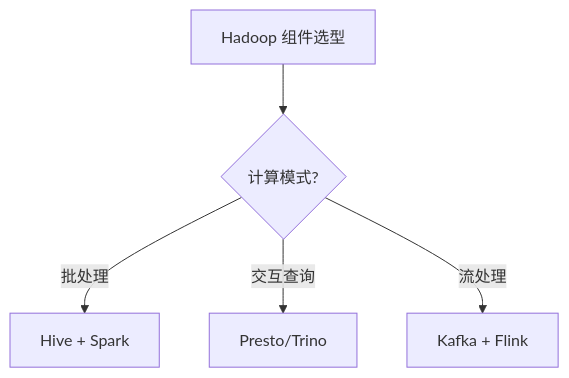
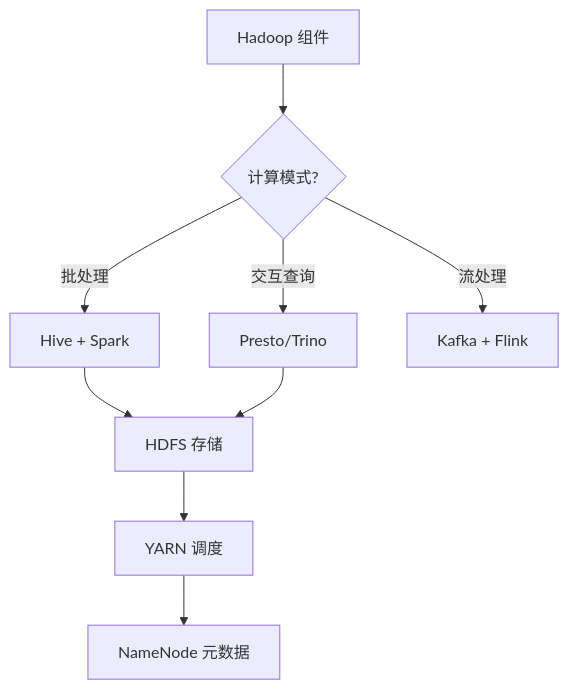
Before and after one commit to wb04307201/wb04307201: the first of 3 diagrams in note/10.big-data/02-hadoop-ecosystem/README.md, drawn with Mermaid. The commit also changed other lines of this file and 10 other files, not shown here.

````diff
--- a/note/10.big-data/02-hadoop-ecosystem/README.md
+++ b/note/10.big-data/02-hadoop-ecosystem/README.md
@@ -44,7 +40,11 @@
 ```mermaid
 flowchart TD
-    A[Hadoop 组件选型] --> B{计算模式?}
+    A[Hadoop 组件] --> B{计算模式?}
     B -->|批处理| C[Hive + Spark]
     B -->|交互查询| D[Presto/Trino]
     B -->|流处理| E[Kafka + Flink]
+    C --> F[HDFS 存储]
+    D --> F
+    F --> G[YARN 调度]
+    G --> H[NameNode 元数据]
 ```
````
